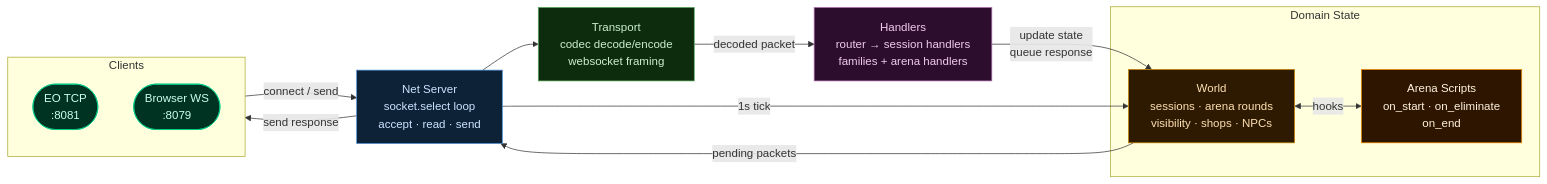
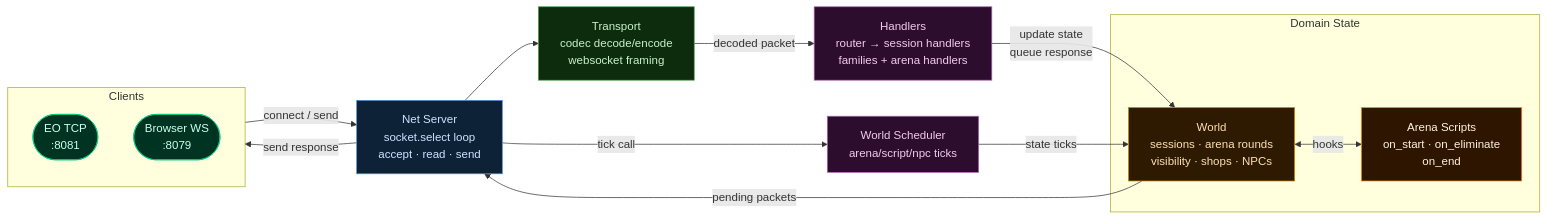
The diagram in README.md (jessjessjade12-cyber/Scorpion), drawn with Mermaid before and after one commit. The commit also changed other lines of this file and 15 other files, not shown here.

````diff
--- a/README.md
+++ b/README.md
@@ -96,34 +103,36 @@
 ```mermaid
 flowchart LR
     classDef client    fill:#003322,stroke:#00cc88,color:#ccffee
     classDef net       fill:#0d2137,stroke:#4a90d9,color:#cce5ff
     classDef transport fill:#0d2b0d,stroke:#56a556,color:#ccf0cc
     classDef app       fill:#2d0d2d,stroke:#b06db0,color:#f0ccf0
     classDef domain    fill:#2d1a00,stroke:#cc8800,color:#ffe0b2
     classDef script    fill:#2d1500,stroke:#ff8f00,color:#fff3e0
 
     subgraph Clients["Clients"]
         C1([EO TCP\n:8081]):::client
         C2([Browser WS\n:8079]):::client
     end
 
     NET["Net Server\nsocket.select loop\naccept · read · send"]:::net
 
     TRANS["Transport\ncodec decode/encode\nwebsocket framing"]:::transport
 
     DISP["Handlers\nrouter → session handlers\nfamilies + arena handlers"]:::app
+    SCHED["World Scheduler\narena/script/npc ticks"]:::app
 
     subgraph State["Domain State"]
         WORLD["World\nsessions · arena rounds\nvisibility · shops · NPCs"]:::domain
         SCR["Arena Scripts\non_start · on_eliminate\non_end"]:::script
     end
 
     Clients -->|"connect / send"| NET
     NET --> TRANS
     TRANS -->|decoded packet| DISP
     DISP -->|update state\nqueue response| WORLD
     WORLD <-->|hooks| SCR
+    NET -->|tick call| SCHED
+    SCHED -->|state ticks| WORLD
     WORLD -->|pending packets| NET
     NET -->|"send response"| Clients
-    NET -->|"1s tick"| WORLD
 ```
````
